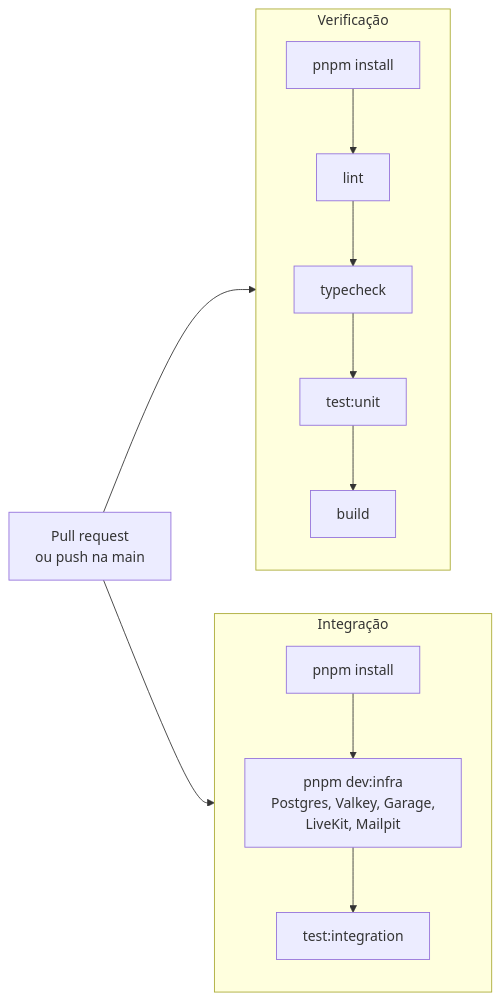
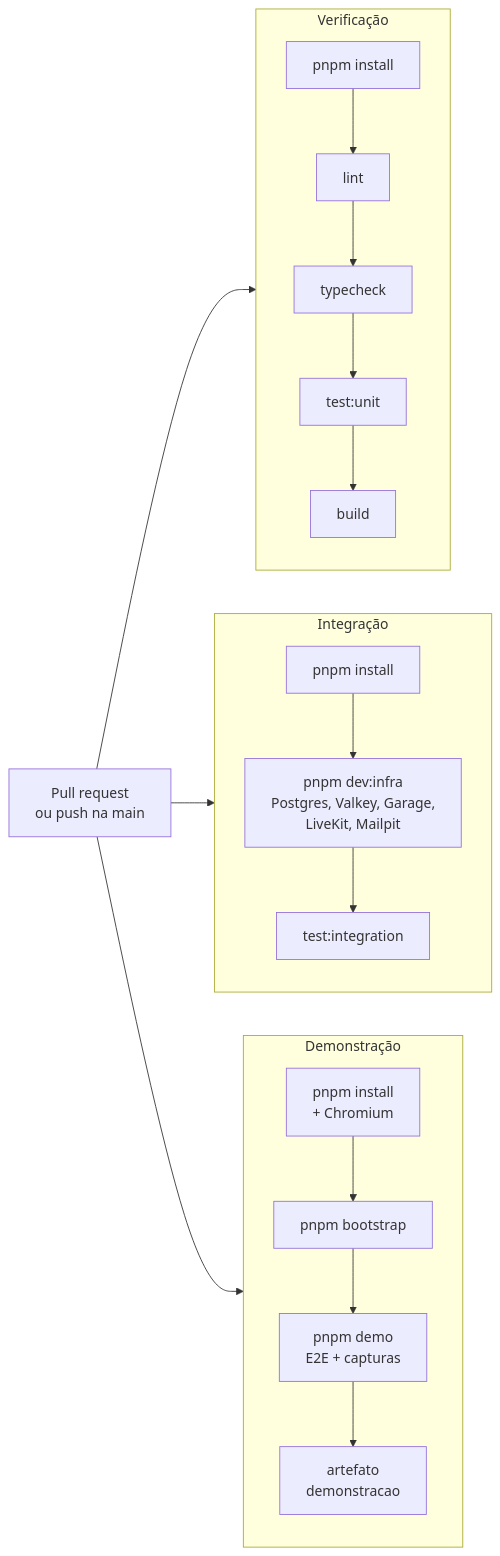
The second of 3 diagrams in docs/10-desenvolvimento.md (devballao/voxa), drawn with Mermaid before and after one commit. The commit also changed other lines of this file and 14 other files, not shown here.

````diff
--- a/docs/10-desenvolvimento.md
+++ b/docs/10-desenvolvimento.md
@@ -211,13 +243,18 @@
 ```mermaid
 flowchart LR
     PR["Pull request<br/>ou push na main"] --> V
     PR --> I
     subgraph V["Verificação"]
         direction TB
         v1["pnpm install"] --> v2["lint"] --> v3["typecheck"] --> v4["test:unit"] --> v5["build"]
     end
     subgraph I["Integração"]
         direction TB
         i1["pnpm install"] --> i2["pnpm dev:infra<br/>Postgres, Valkey, Garage,<br/>LiveKit, Mailpit"] --> i3["test:integration"]
     end
+    PR --> D
+    subgraph D["Demonstração"]
+        direction TB
+        d1["pnpm install<br/>+ Chromium"] --> d2["pnpm bootstrap"] --> d3["pnpm demo<br/>E2E + capturas"] --> d4["artefato<br/>demonstracao"]
+    end
 ```
````
